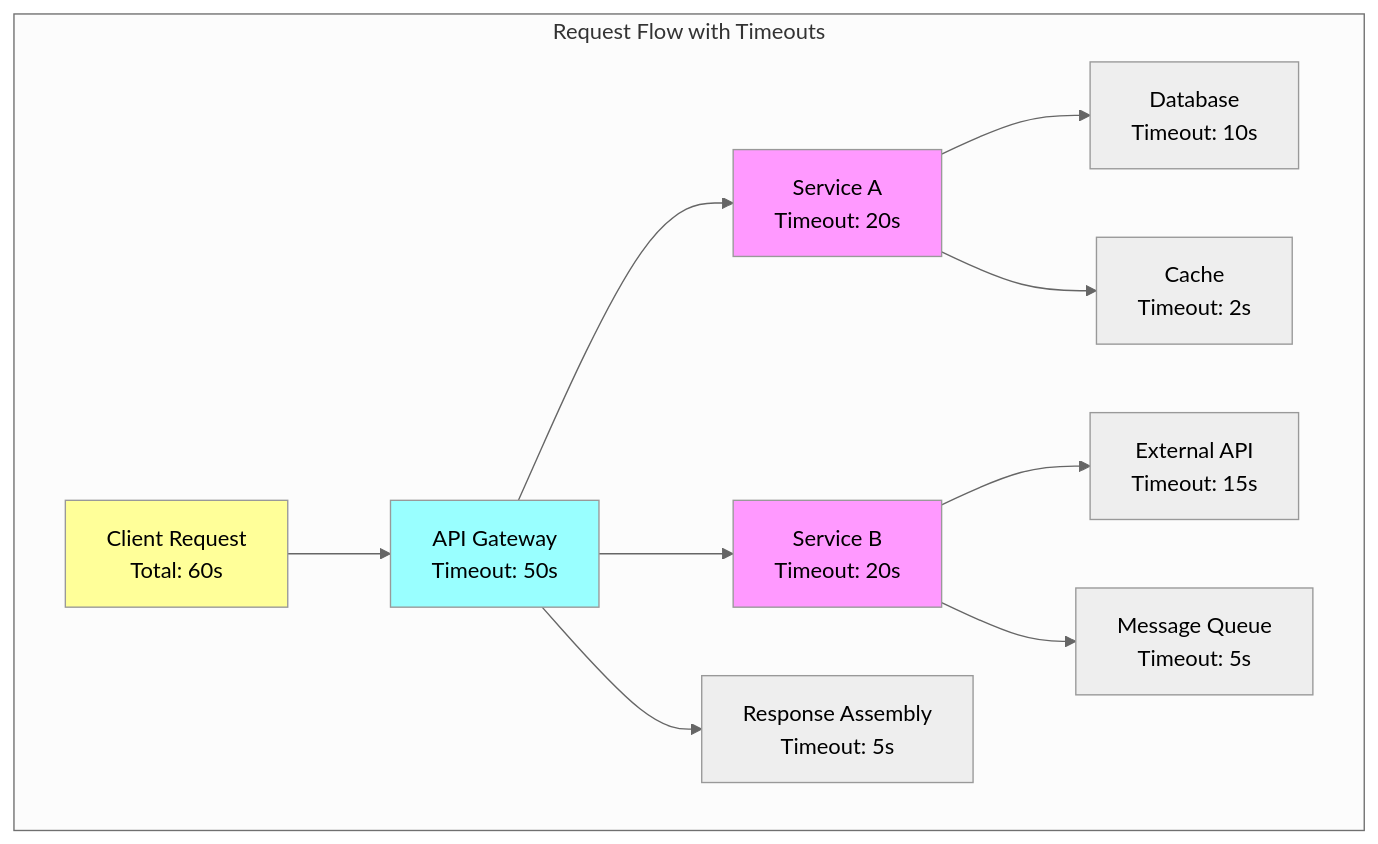
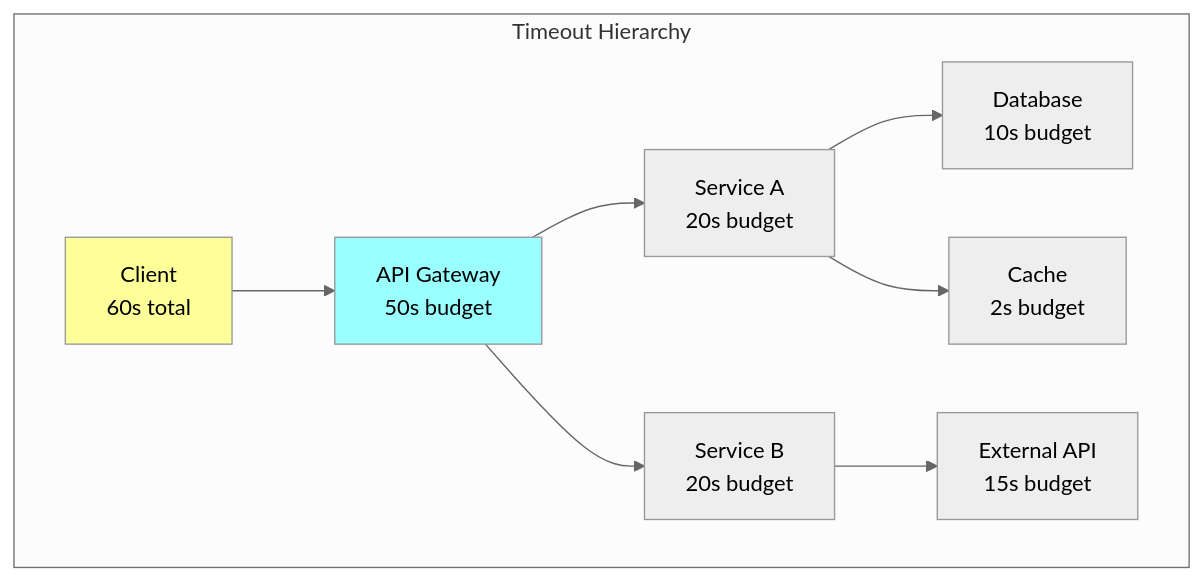
Before and after one commit to deepaucksharma/DStudio: the third of 4 diagrams in docs/patterns/timeout.md, drawn with Mermaid (neutral theme). The commit also changed other lines of this file and 86 other files, not shown here.

````diff
--- a/docs/patterns/timeout.md
+++ b/docs/patterns/timeout.md
@@ -99,22 +97,14 @@
 ```mermaid
 graph TB
-    subgraph "Request Flow with Timeouts"
-        Client[Client Request<br/>Total: 60s] --> Gateway[API Gateway<br/>Timeout: 50s]
-        
-        Gateway --> ServiceA[Service A<br/>Timeout: 20s]
-        Gateway --> ServiceB[Service B<br/>Timeout: 20s]
-        
-        ServiceA --> DB1[Database<br/>Timeout: 10s]
-        ServiceA --> Cache[Cache<br/>Timeout: 2s]
-        
-        ServiceB --> API[External API<br/>Timeout: 15s]
-        ServiceB --> Queue[Message Queue<br/>Timeout: 5s]
-        
-        Gateway --> Response[Response Assembly<br/>Timeout: 5s]
+    subgraph "Timeout Hierarchy"
+        Client["Client<br/>60s total"] --> Gateway["API Gateway<br/>50s budget"]
+        Gateway --> S1["Service A<br/>20s budget"]
+        Gateway --> S2["Service B<br/>20s budget"]
+        S1 --> DB["Database<br/>10s budget"]
+        S1 --> Cache["Cache<br/>2s budget"]
+        S2 --> API["External API<br/>15s budget"]
     end
     
     style Client fill:#ff9
     style Gateway fill:#9ff
-    style ServiceA fill:#f9f
-    style ServiceB fill:#f9f
 ```
````
